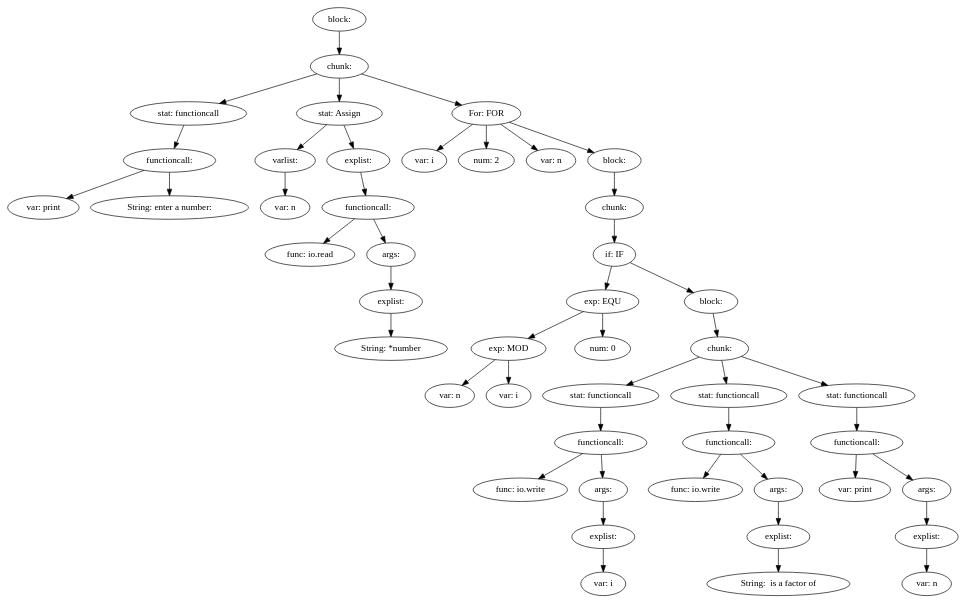
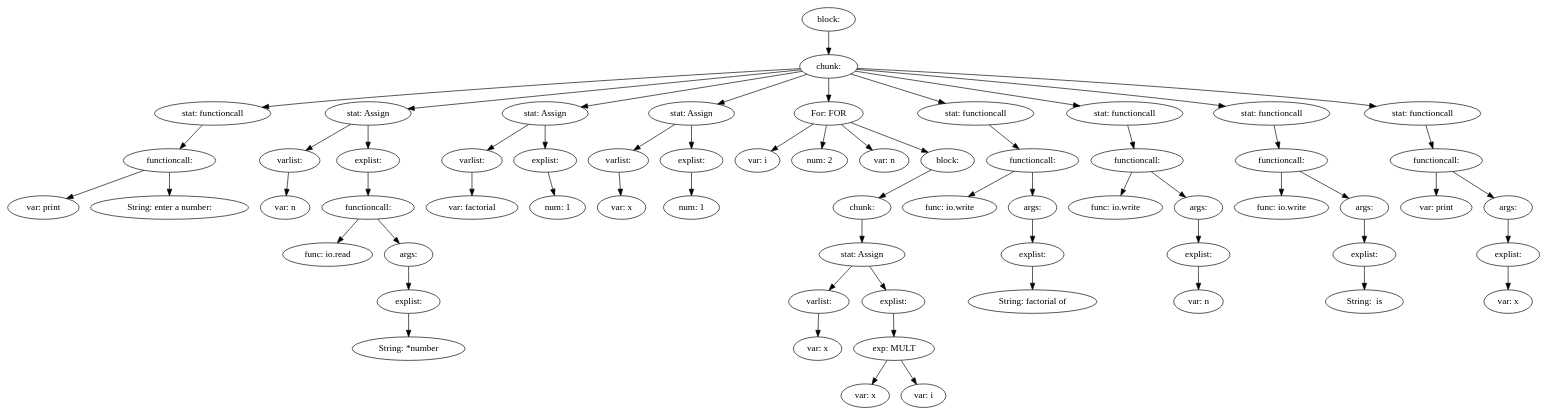
One commit to Inkaru/compiler changed the diagram in ass1-int/source.md. Above: the diagram before and after it, drawn with Graphviz. The commit also changed 5 other files, not shown here.

````diff
--- a/ass1-int/source.md
+++ b/ass1-int/source.md
@@ -1,11 +1,17 @@
 ```graphviz
 digraph {
-49 [label="block: "];
-49 -> 4
+65 [label="block: "];
+65 -> 4
 4 [label="chunk: "];
 4 -> 3
 4 -> 14
-4 -> 48
+4 -> 19
+4 -> 24
+4 -> 37
+4 -> 44
+4 -> 51
+4 -> 58
+4 -> 64
 3 [label="stat: functioncall"];
 3 -> 2
 2 [label="functioncall: "];
@@ -30,68 +36,92 @@
 10 [label="explist: "];
 10 -> 9
 9 [label="String: *number"];
-48 [label="For: FOR"];
+19 [label="stat: Assign"];
+19 -> 16
+19 -> 18
+16 [label="varlist: "];
+16 -> 15
+15 [label="var: factorial"];
+18 [label="explist: "];
+18 -> 17
+17 [label="num: 1"];
+24 [label="stat: Assign"];
+24 -> 21
+24 -> 23
+21 [label="varlist: "];
+21 -> 20
+20 [label="var: x"];
+23 [label="explist: "];
+23 -> 22
+22 [label="num: 1"];
+37 [label="For: FOR"];
+37 -> 36
+37 -> 25
+37 -> 26
+37 -> 35
+36 [label="var: i"];
+25 [label="num: 2"];
+26 [label="var: n"];
+35 [label="block: "];
+35 -> 34
+34 [label="chunk: "];
+34 -> 33
+33 [label="stat: Assign"];
+33 -> 28
+33 -> 32
+28 [label="varlist: "];
+28 -> 27
+27 [label="var: x"];
+32 [label="explist: "];
+32 -> 31
+31 [label="exp: MULT"];
+31 -> 29
+31 -> 30
+29 [label="var: x"];
+30 [label="var: i"];
+44 [label="stat: functioncall"];
+44 -> 43
+43 [label="functioncall: "];
+43 -> 39
+43 -> 42
+39 [label="func: io.write"];
+42 [label="args: "];
+42 -> 41
+41 [label="explist: "];
+41 -> 40
+40 [label="String: factorial of "];
+51 [label="stat: functioncall"];
+51 -> 50
+50 [label="functioncall: "];
+50 -> 46
+50 -> 49
+46 [label="func: io.write"];
+49 [label="args: "];
+49 -> 48
+48 [label="explist: "];
 48 -> 47
-48 -> 15
-48 -> 16
-48 -> 46
-47 [label="var: i"];
-15 [label="num: 2"];
-16 [label="var: n"];
-46 [label="block: "];
-46 -> 45
-45 [label="chunk: "];
-45 -> 44
-44 [label="if: IF"];
-44 -> 21
-44 -> 43
-21 [label="exp: EQU"];
-21 -> 19
-21 -> 20
-19 [label="exp: MOD"];
-19 -> 17
-19 -> 18
-17 [label="var: n"];
-18 [label="var: i"];
-20 [label="num: 0"];
-43 [label="block: "];
-43 -> 29
-29 [label="chunk: "];
-29 -> 28
-29 -> 36
-29 -> 42
-28 [label="stat: functioncall"];
-28 -> 27
-27 [label="functioncall: "];
-27 -> 23
-27 -> 26
-23 [label="func: io.write"];
-26 [label="args: "];
-26 -> 25
-25 [label="explist: "];
-25 -> 24
-24 [label="var: i"];
-36 [label="stat: functioncall"];
-36 -> 35
-35 [label="functioncall: "];
-35 -> 31
-35 -> 34
-31 [label="func: io.write"];
-34 [label="args: "];
-34 -> 33
-33 [label="explist: "];
-33 -> 32
-32 [label="String:  is a factor of "];
-42 [label="stat: functioncall"];
-42 -> 41
-41 [label="functioncall: "];
-41 -> 37
-41 -> 40
-37 [label="var: print"];
-40 [label="args: "];
-40 -> 39
-39 [label="explist: "];
-39 -> 38
-38 [label="var: n"];
+47 [label="var: n"];
+58 [label="stat: functioncall"];
+58 -> 57
+57 [label="functioncall: "];
+57 -> 53
+57 -> 56
+53 [label="func: io.write"];
+56 [label="args: "];
+56 -> 55
+55 [label="explist: "];
+55 -> 54
+54 [label="String:  is "];
+64 [label="stat: functioncall"];
+64 -> 63
+63 [label="functioncall: "];
+63 -> 59
+63 -> 62
+59 [label="var: print"];
+62 [label="args: "];
+62 -> 61
+61 [label="explist: "];
+61 -> 60
+60 [label="var: x"];
 }
 ```
````
